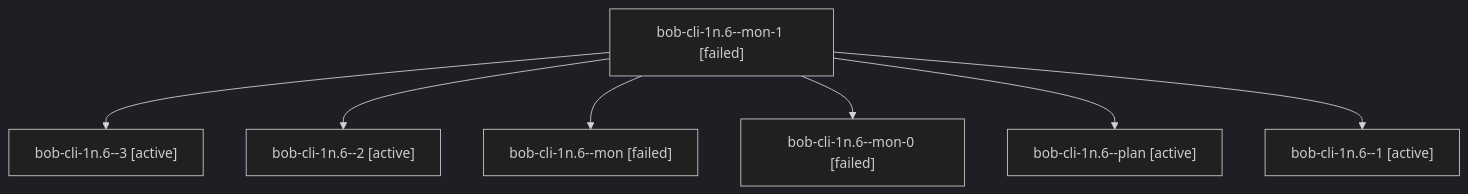
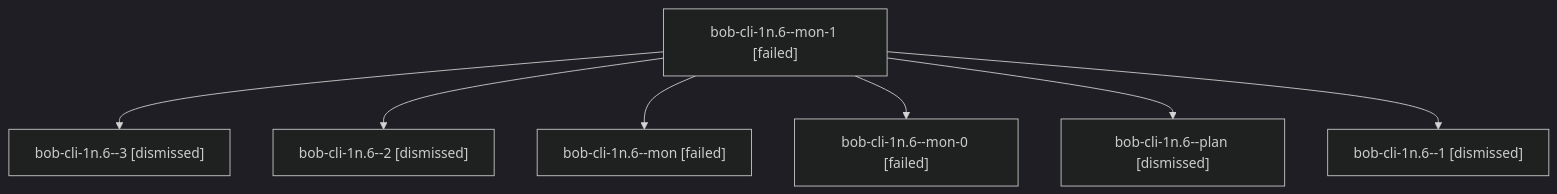
One commit to bobs-org/bob-cli--agents changed the diagram in sessions/bbugyi200.athena.bob-cli-1n.6.md. Above: the diagram before and after it, drawn with Mermaid (dark theme). The commit also changed other lines of this file and 83 other files, not shown here.

````diff
--- a/sessions/bbugyi200.athena.bob-cli-1n.6.md
+++ b/sessions/bbugyi200.athena.bob-cli-1n.6.md
@@ -9,16 +9,16 @@
 ```mermaid
 flowchart TD
   n0["bob-cli-1n.6--mon-1 [failed]"]
-  n1["bob-cli-1n.6--3 [active]"]
+  n1["bob-cli-1n.6--3 [dismissed]"]
   n0 --> n1
-  n2["bob-cli-1n.6--2 [active]"]
+  n2["bob-cli-1n.6--2 [dismissed]"]
   n0 --> n2
   n3["bob-cli-1n.6--mon [failed]"]
   n0 --> n3
   n4["bob-cli-1n.6--mon-0 [failed]"]
   n0 --> n4
-  n5["bob-cli-1n.6--plan [active]"]
+  n5["bob-cli-1n.6--plan [dismissed]"]
   n0 --> n5
-  n6["bob-cli-1n.6--1 [active]"]
+  n6["bob-cli-1n.6--1 [dismissed]"]
   n0 --> n6
 ```
````
